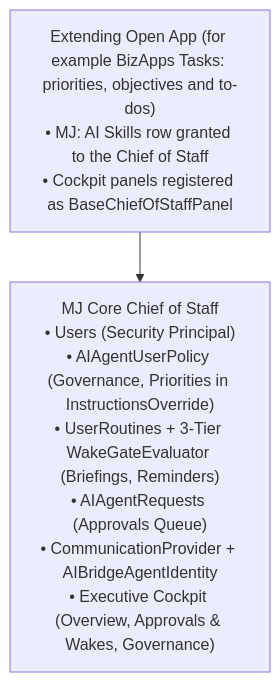
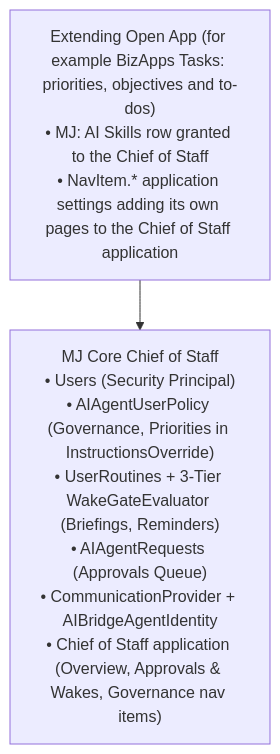
Before and after one commit to MemberJunction/MJ: the third of 3 diagrams in guides/BUILT_IN_AGENTS_GUIDE.md, drawn with Mermaid. The commit also changed other lines of this file and 40 other files, not shown here.

````diff
--- a/guides/BUILT_IN_AGENTS_GUIDE.md
+++ b/guides/BUILT_IN_AGENTS_GUIDE.md
@@ -102,6 +102,6 @@
 ```mermaid
 flowchart TD
-    MJ["MJ Core Chief of Staff<br/>• Users (Security Principal)<br/>• AIAgentUserPolicy (Governance, Priorities in InstructionsOverride)<br/>• UserRoutines + 3-Tier WakeGateEvaluator (Briefings, Reminders)<br/>• AIAgentRequests (Approvals Queue)<br/>• CommunicationProvider + AIBridgeAgentIdentity<br/>• Executive Cockpit (Overview, Approvals & Wakes, Governance)"]
-    Ext["Extending Open App (for example BizApps Tasks: priorities, objectives and to-dos)<br/>• MJ: AI Skills row granted to the Chief of Staff<br/>• Cockpit panels registered as BaseChiefOfStaffPanel"]
+    MJ["MJ Core Chief of Staff<br/>• Users (Security Principal)<br/>• AIAgentUserPolicy (Governance, Priorities in InstructionsOverride)<br/>• UserRoutines + 3-Tier WakeGateEvaluator (Briefings, Reminders)<br/>• AIAgentRequests (Approvals Queue)<br/>• CommunicationProvider + AIBridgeAgentIdentity<br/>• Chief of Staff application (Overview, Approvals & Wakes, Governance nav items)"]
+    Ext["Extending Open App (for example BizApps Tasks: priorities, objectives and to-dos)<br/>• MJ: AI Skills row granted to the Chief of Staff<br/>• NavItem.* application settings adding its own pages to the Chief of Staff application"]
     Ext --> MJ
 ```
````
